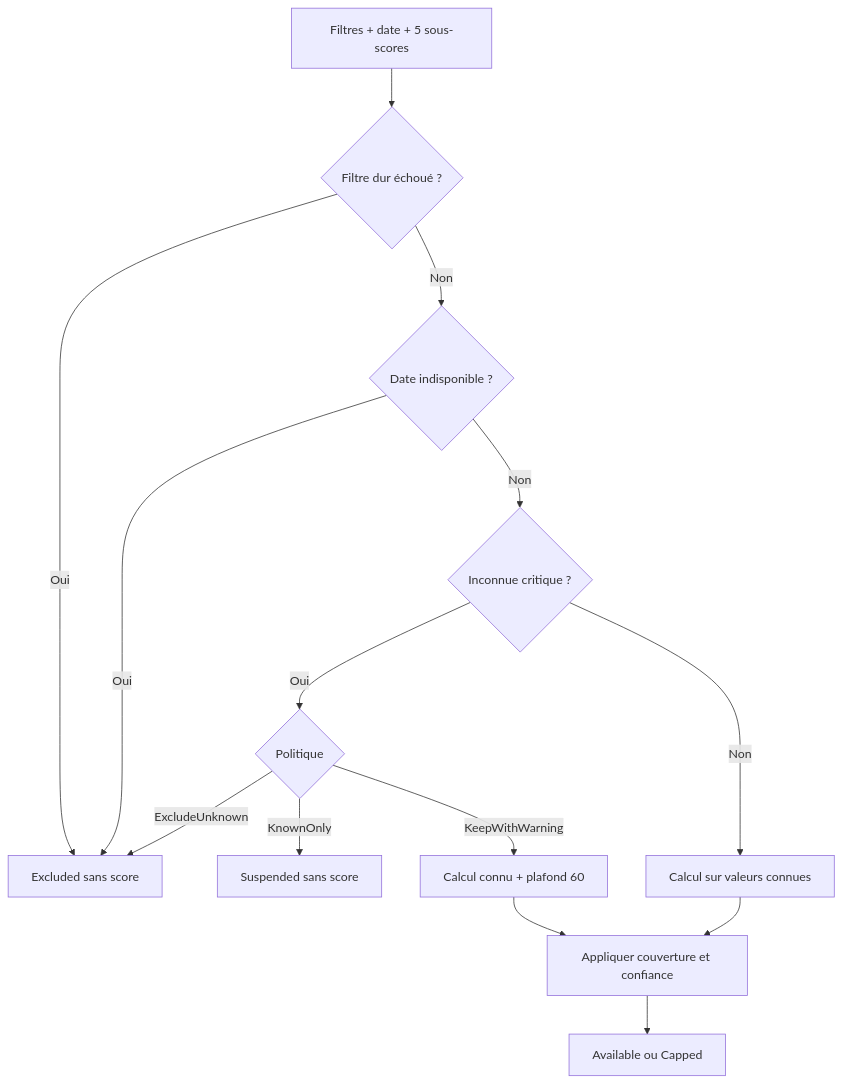
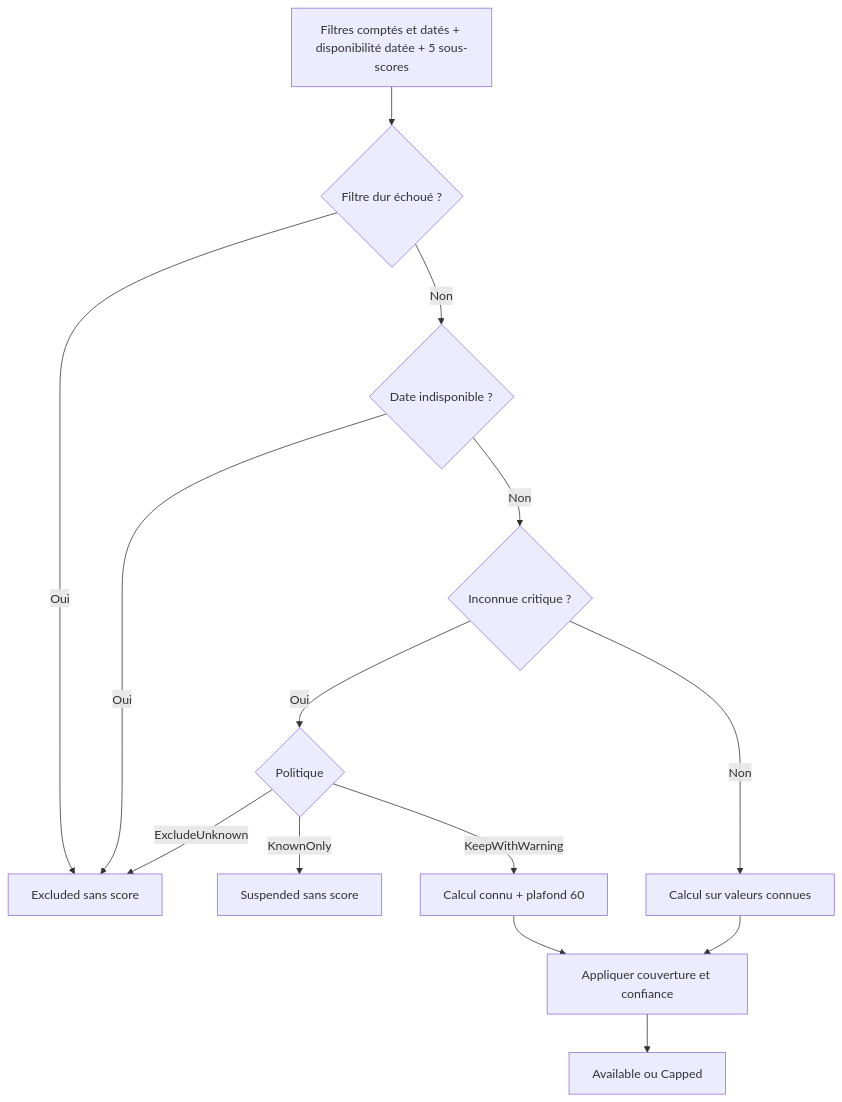
The first of 3 diagrams in docs/architecture/product-growth-fit-06-versioned-subscores-2026-09-14.md (Ced59/AmusementParkProject), drawn with Mermaid before and after one commit. The commit also changed other lines of this file and 8 other files, not shown here.

````diff
--- a/docs/architecture/product-growth-fit-06-versioned-subscores-2026-09-14.md
+++ b/docs/architecture/product-growth-fit-06-versioned-subscores-2026-09-14.md
@@ -168,16 +176,16 @@
 ```mermaid
 flowchart TD
-    A[Filtres + date + 5 sous-scores] --> B{Filtre dur échoué ?}
+    A[Filtres comptés et datés + disponibilité datée + 5 sous-scores] --> B{Filtre dur échoué ?}
     B -- Oui --> X[Excluded sans score]
     B -- Non --> C{Date indisponible ?}
     C -- Oui --> X
     C -- Non --> D{Inconnue critique ?}
     D -- Oui --> E{Politique}
     E -- ExcludeUnknown --> X
     E -- KnownOnly --> S[Suspended sans score]
     E -- KeepWithWarning --> K[Calcul connu + plafond 60]
     D -- Non --> F[Calcul sur valeurs connues]
     K --> G[Appliquer couverture et confiance]
     F --> G
     G --> H[Available ou Capped]
 ```
````
